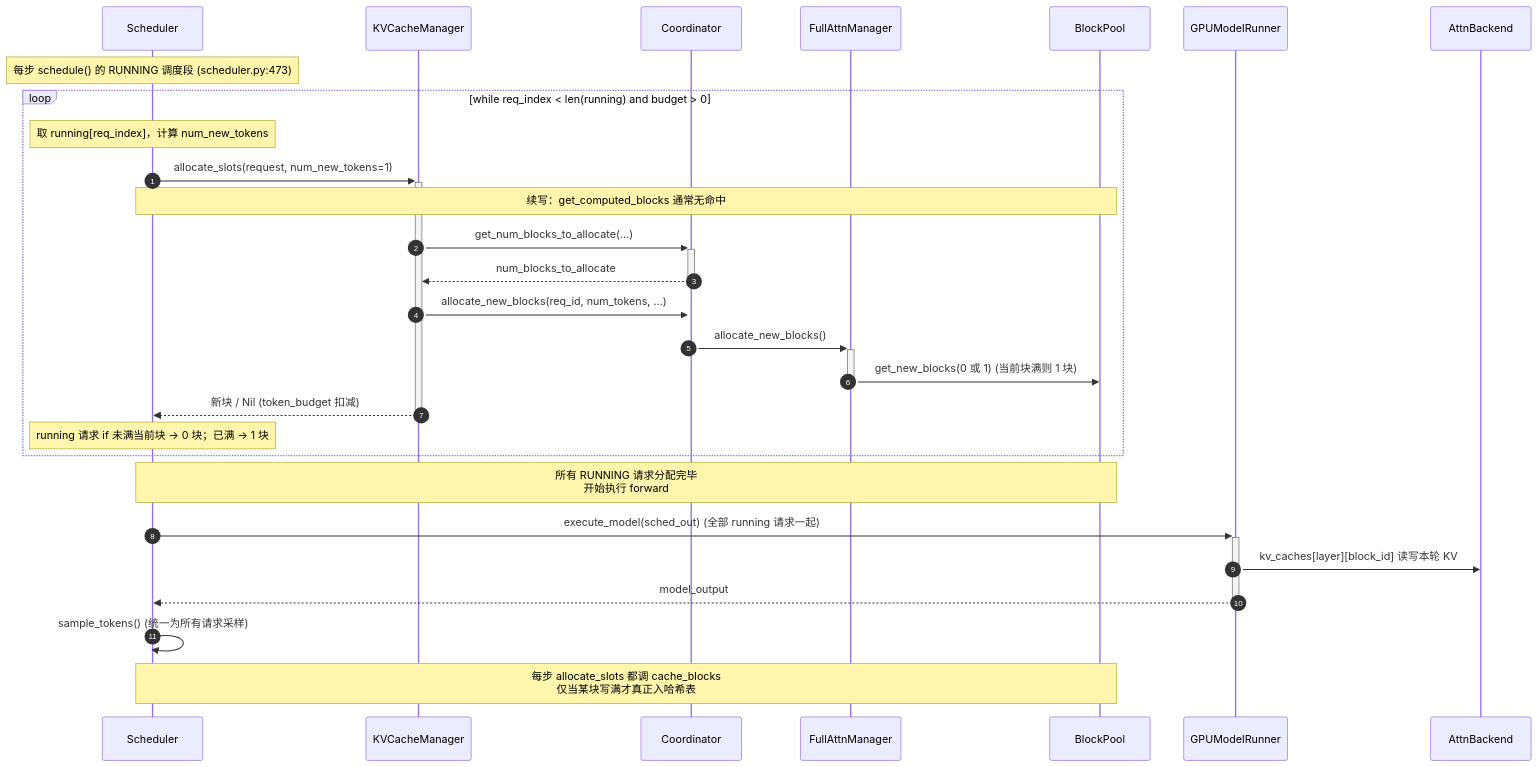
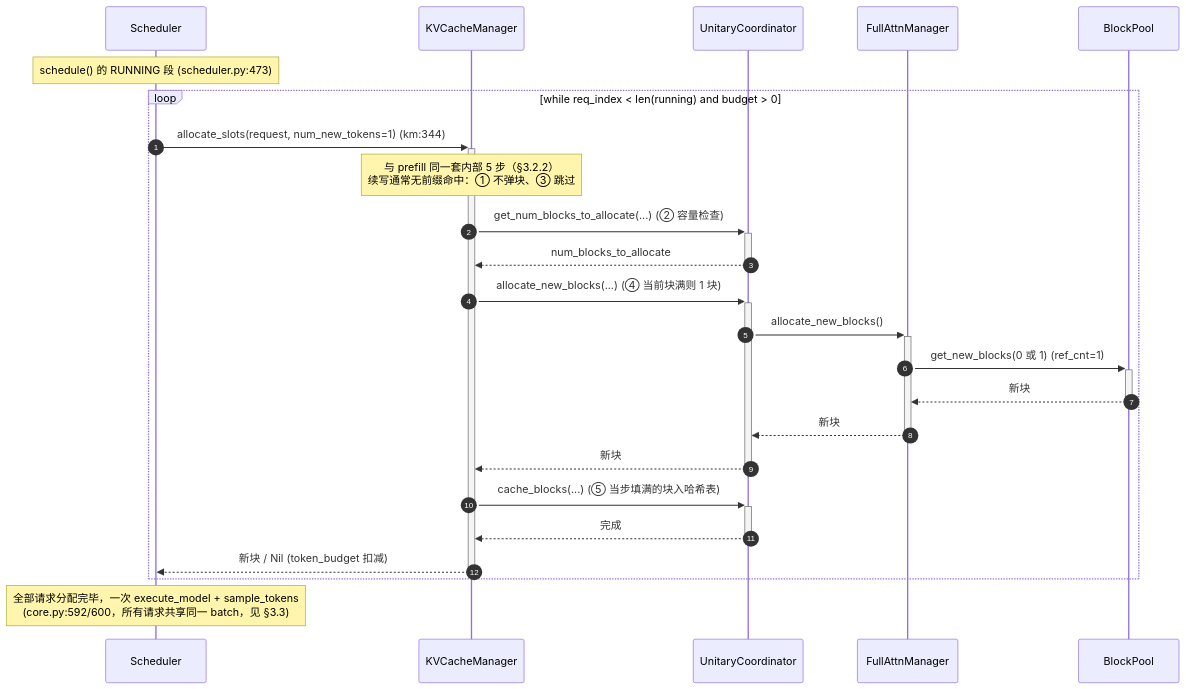
The seventh of 9 diagrams in vllm/v1/core/kvcache_docs/0_end_to_end_sequence.md (GoCHug/vllm), drawn with Mermaid before and after one commit. The commit also changed other lines of this file and 221 other files, not shown here.

````diff
--- a/vllm/v1/core/kvcache_docs/0_end_to_end_sequence.md
+++ b/vllm/v1/core/kvcache_docs/0_end_to_end_sequence.md
@@ -426,32 +406,28 @@
 ```mermaid
 sequenceDiagram
     autonumber
     participant S as Scheduler
     participant KM as KVCacheManager
-    participant CO as Coordinator
+    participant CO as UnitaryCoordinator
     participant FM as FullAttnManager
     participant BP as BlockPool
-    participant MR as GPUModelRunner
-    participant AB as AttnBackend
 
-    Note over S: 每步 schedule() 的 RUNNING 调度段 (scheduler.py:473)
+    Note over S: schedule() 的 RUNNING 段 (scheduler.py:473)
     loop while req_index < len(running) and budget > 0
-        Note over S: 取 running[req_index]，计算 num_new_tokens
-        S->>+KM: allocate_slots(request, num_new_tokens=1)
-        Note over S,BP: 续写：get_computed_blocks 通常无命中
-        KM->>+CO: get_num_blocks_to_allocate(...)
+        S->>+KM: allocate_slots(request, num_new_tokens=1)   (km:344)
+        Note over KM: 与 prefill 同一套内部 5 步（§3.2.2）<br/>续写通常无前缀命中：① 不弹块、③ 跳过
+        KM->>+CO: get_num_blocks_to_allocate(...)   (② 容量检查)
         CO-->>-KM: num_blocks_to_allocate
-        KM->>+CO: allocate_new_blocks(req_id, num_tokens, ...)
+        KM->>+CO: allocate_new_blocks(...)   (④ 当前块满则 1 块)
         CO->>+FM: allocate_new_blocks()
-        FM->>-BP: get_new_blocks(0 或 1)  (当前块满则 1 块)
-        KM-->>-S: 新块 / Nil  (token_budget 扣减)
-        Note over S: running 请求 if 未满当前块 → 0 块；已满 → 1 块
+        FM->>+BP: get_new_blocks(0 或 1)   (ref_cnt=1)
+        BP-->>-FM: 新块
+        FM-->>-CO: 新块
+        CO-->>-KM: 新块
+        KM->>+CO: cache_blocks(...)   (⑤ 当步填满的块入哈希表)
+        CO-->>-KM: 完成
+        KM-->>-S: 新块 / Nil   (token_budget 扣减)
     end
 
-    Note over S,BP: 所有 RUNNING 请求分配完毕<br/>开始执行 forward
-    S->>+MR: execute_model(sched_out)  (全部 running 请求一起)
-    MR->>AB: kv_caches[layer][block_id] 读写本轮 KV
-    MR-->>-S: model_output
-    S->>+S: sample_tokens()  (统一为所有请求采样)
-    Note over S,BP: 每步 allocate_slots 都调 cache_blocks<br/>仅当某块写满才真正入哈希表
+    Note over S: 全部请求分配完毕，一次 execute_model + sample_tokens<br/>(core.py:592/600，所有请求共享同一 batch，见 §3.3)
 ```
````
